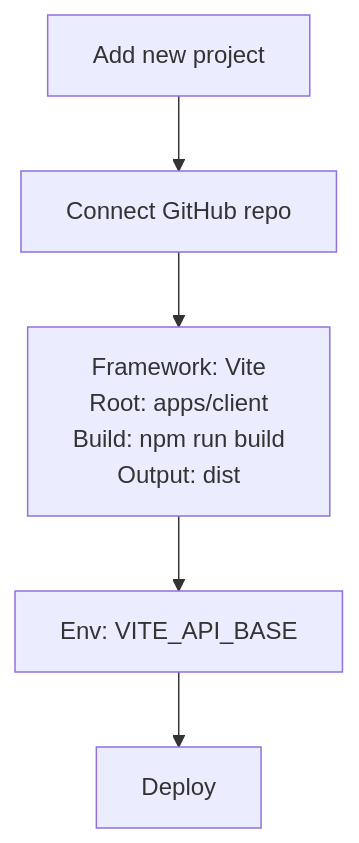
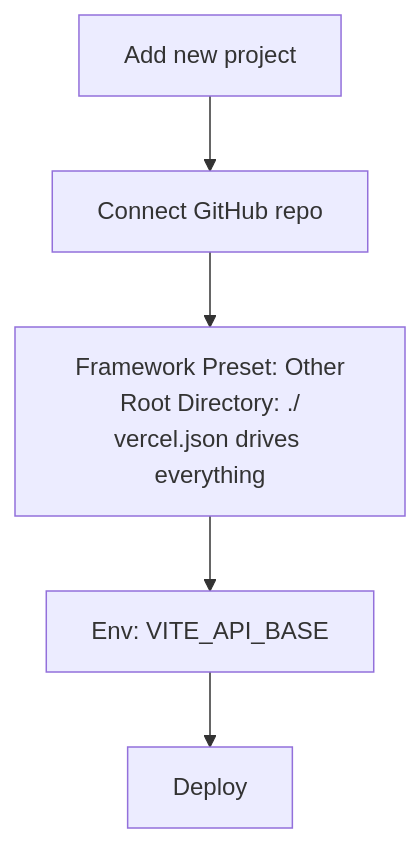
One commit to iyashwantsaini/Vaartalaap changed the eighth of 13 diagrams in docs/DEPLOYMENT.md. Above: the diagram before and after it, drawn with Mermaid. The commit also changed other lines of this file, not shown here.

Commit message:
Update DEPLOYMENT.md with verified Render + Vercel config and gotchas

````diff
--- a/docs/DEPLOYMENT.md
+++ b/docs/DEPLOYMENT.md
@@ -119,7 +156,7 @@
 ```mermaid
 flowchart TB
   v1[Add new project] --> v2[Connect GitHub repo]
-  v2 --> v3[Framework: Vite<br/>Root: apps/client<br/>Build: npm run build<br/>Output: dist]
+  v2 --> v3[Framework Preset: Other<br/>Root Directory: ./<br/>vercel.json drives everything]
   v3 --> v4[Env: VITE_API_BASE]
   v4 --> v5[Deploy]
 ```
````
